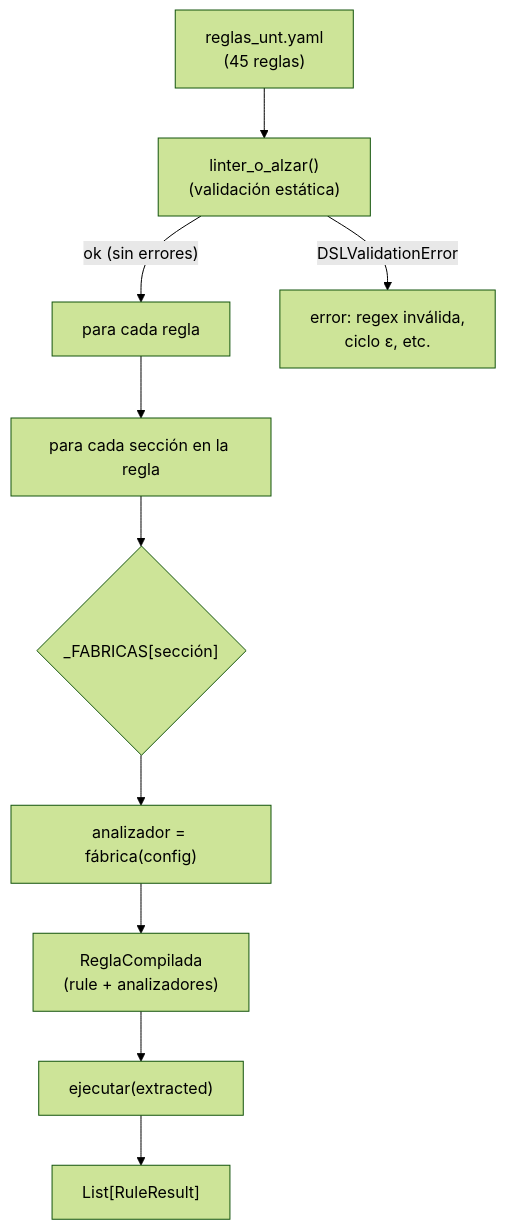
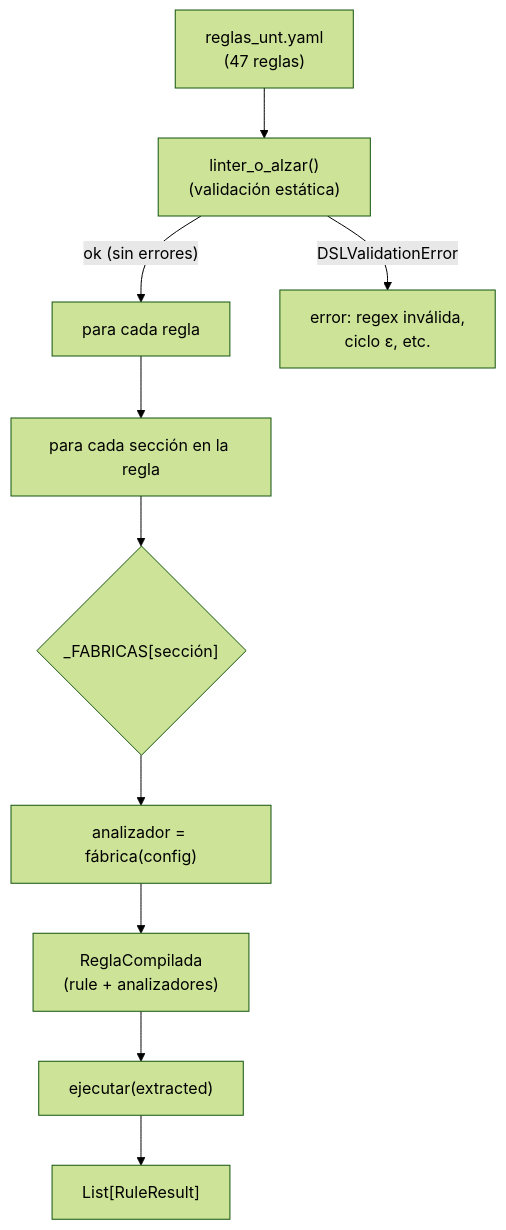
Before and after one commit to IvanSanchezSil/vistobueno: the first of 4 diagrams in docs/diseno/05_compilador_linter.md, drawn with Mermaid (forest theme). The commit also changed 13 other files, not shown here.

````diff
--- a/docs/diseno/05_compilador_linter.md
+++ b/docs/diseno/05_compilador_linter.md
@@ -14,12 +14,12 @@
 ```mermaid
 flowchart TD
-    YAML["reglas_unt.yaml<br/>(45 reglas)"] --> LINT["linter_o_alzar()<br/>(validación estática)"]
+    YAML["reglas_unt.yaml<br/>(47 reglas)"] --> LINT["linter_o_alzar()<br/>(validación estática)"]
     LINT -- "ok (sin errores)" --> LOOP["para cada regla"]
     LINT -- "DSLValidationError" --> F["error: regex inválida,<br/>ciclo ε, etc."]
     LOOP --> SECC["para cada sección en la regla"]
     SECC --> FAB{"_FABRICAS[sección]"}
     FAB --> AN["analizador = fábrica(config)"]
     AN --> RC["ReglaCompilada<br/>(rule + analizadores)"]
     RC --> RUN["ejecutar(extracted)"]
     RUN --> RR["List[RuleResult]"]
 ```
````
